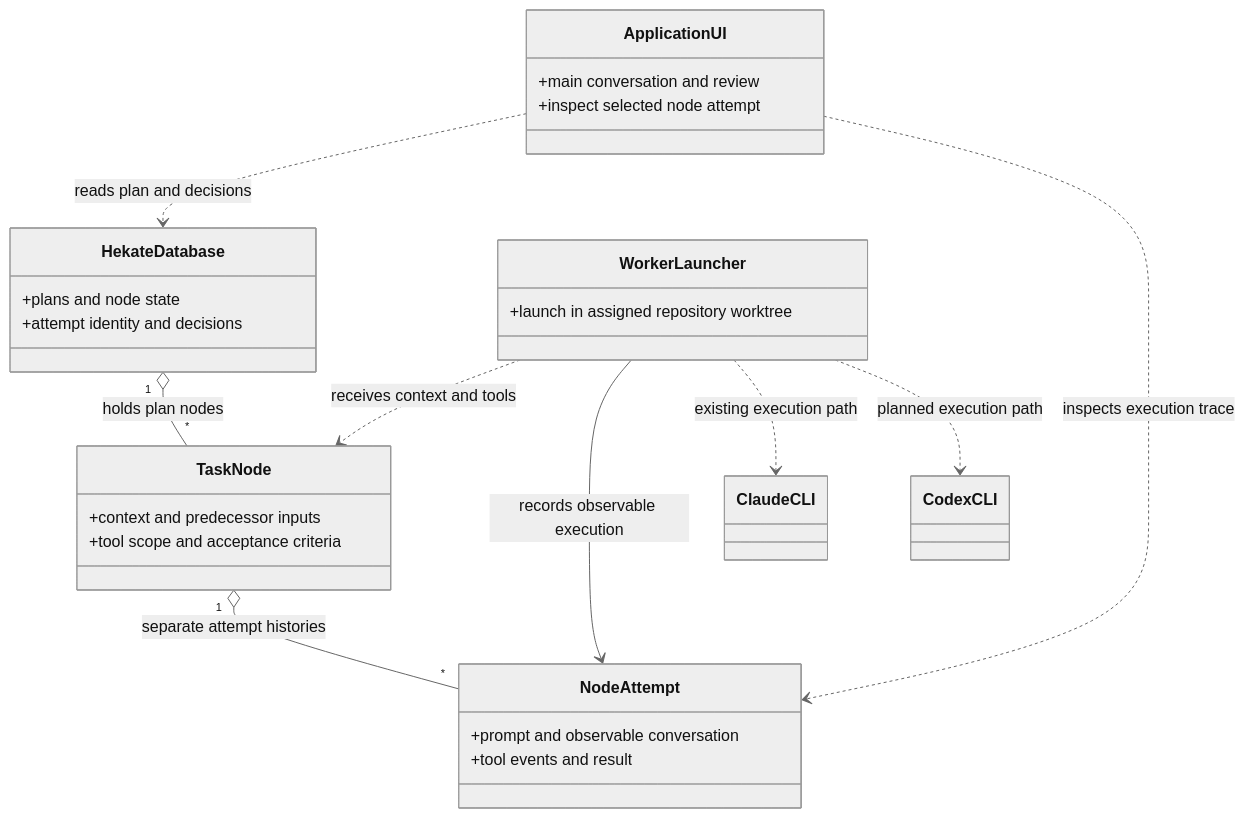
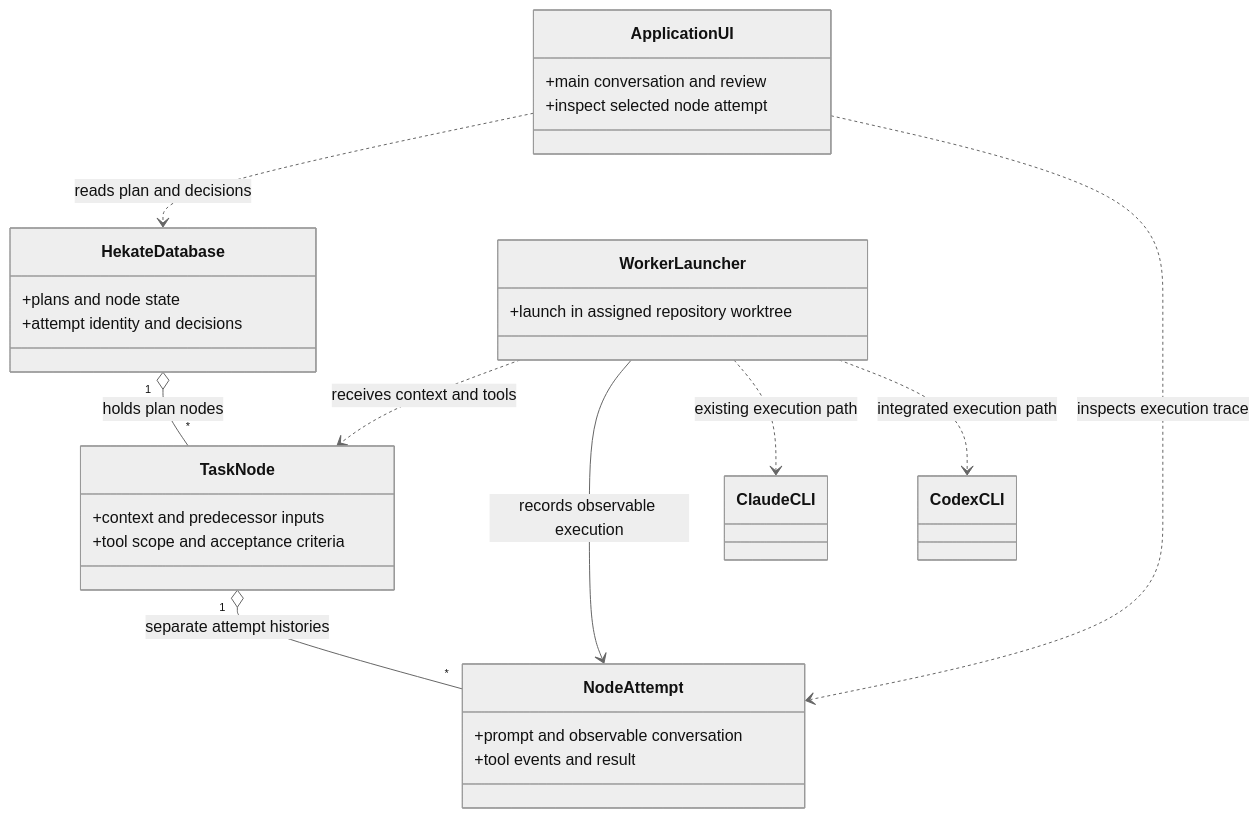
The fourth of 6 diagrams in docs/development-workflow-uml.md (JMRussas/ChatAgent), drawn with Mermaid (neutral theme) before and after one commit. The commit also changed other lines of this file and 1 other file, not shown here.

Commit message:
docs: record live dual CLI traces and verified shell correction

````diff
--- a/docs/development-workflow-uml.md
+++ b/docs/development-workflow-uml.md
@@ -208,32 +212,32 @@
 ```mermaid
 classDiagram
     class ApplicationUI {
         +main conversation and review
         +inspect selected node attempt
     }
     class HekateDatabase {
         +plans and node state
         +attempt identity and decisions
     }
     class TaskNode {
         +context and predecessor inputs
         +tool scope and acceptance criteria
     }
     class NodeAttempt {
         +prompt and observable conversation
         +tool events and result
     }
     class WorkerLauncher {
         +launch in assigned repository worktree
     }
     class ClaudeCLI
     class CodexCLI
     ApplicationUI ..> HekateDatabase : reads plan and decisions
     ApplicationUI ..> NodeAttempt : inspects execution trace
     HekateDatabase "1" o-- "*" TaskNode : holds plan nodes
     TaskNode "1" o-- "*" NodeAttempt : separate attempt histories
     WorkerLauncher ..> TaskNode : receives context and tools
     WorkerLauncher --> NodeAttempt : records observable execution
     WorkerLauncher ..> ClaudeCLI : existing execution path
-    WorkerLauncher ..> CodexCLI : planned execution path
+    WorkerLauncher ..> CodexCLI : integrated execution path
 ```
````
